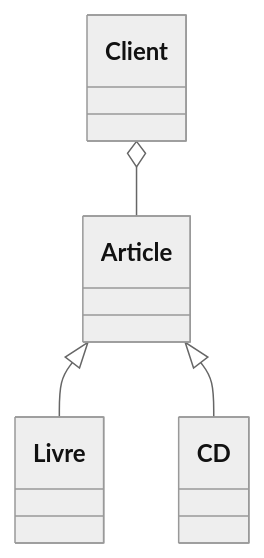
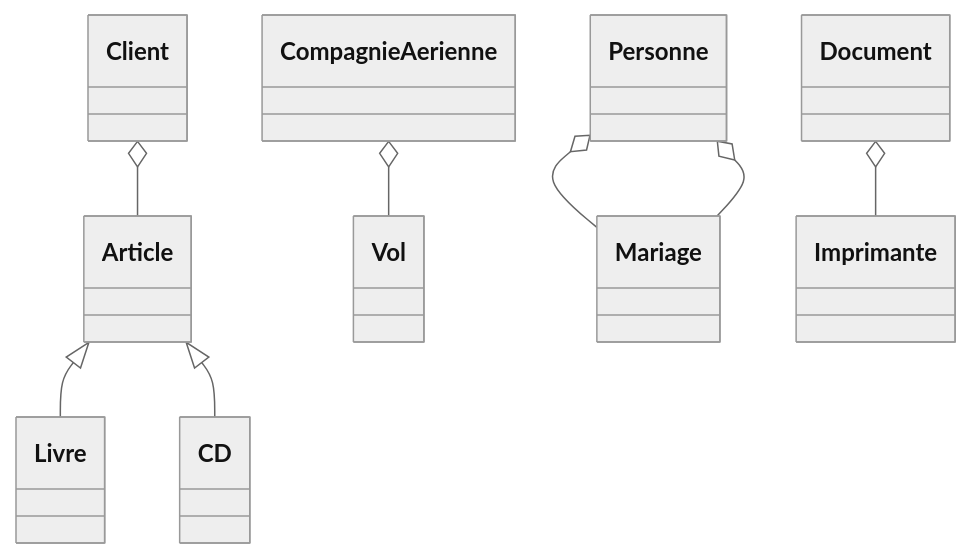
Before and after one commit to ROUBAUD-Axel-2225073b/TD3uml: the diagram in README.md, drawn with Mermaid (neutral theme). The commit also changed other lines of this file, not shown here.

````diff
--- a/README.md
+++ b/README.md
@@ -3,10 +3,21 @@
 ```mermaid
 classDiagram
   class Article
   class Livre
   class CD
   class Client
+  class CompagnieAerienne
+  class Vol
+  class Personne
+  class Mariage
+  class Document
+  class Imprimante
+
   Article <|-- Livre
   Article <|-- CD
   Client o-- Article
+  CompagnieAerienne o-- Vol
+  Personne o-- Mariage
+  Personne o-- Mariage
+  Document o-- Imprimante
 ```
````
